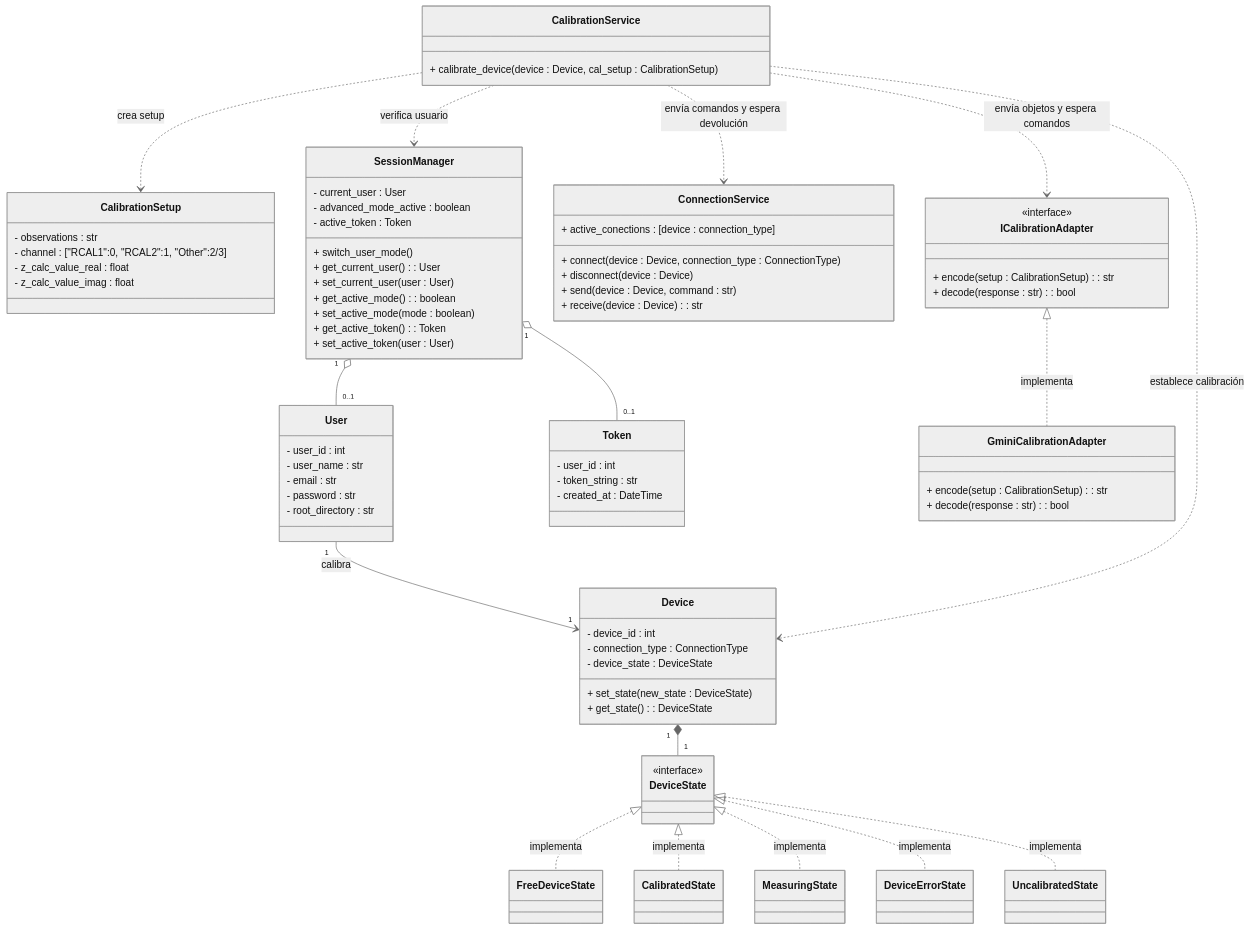
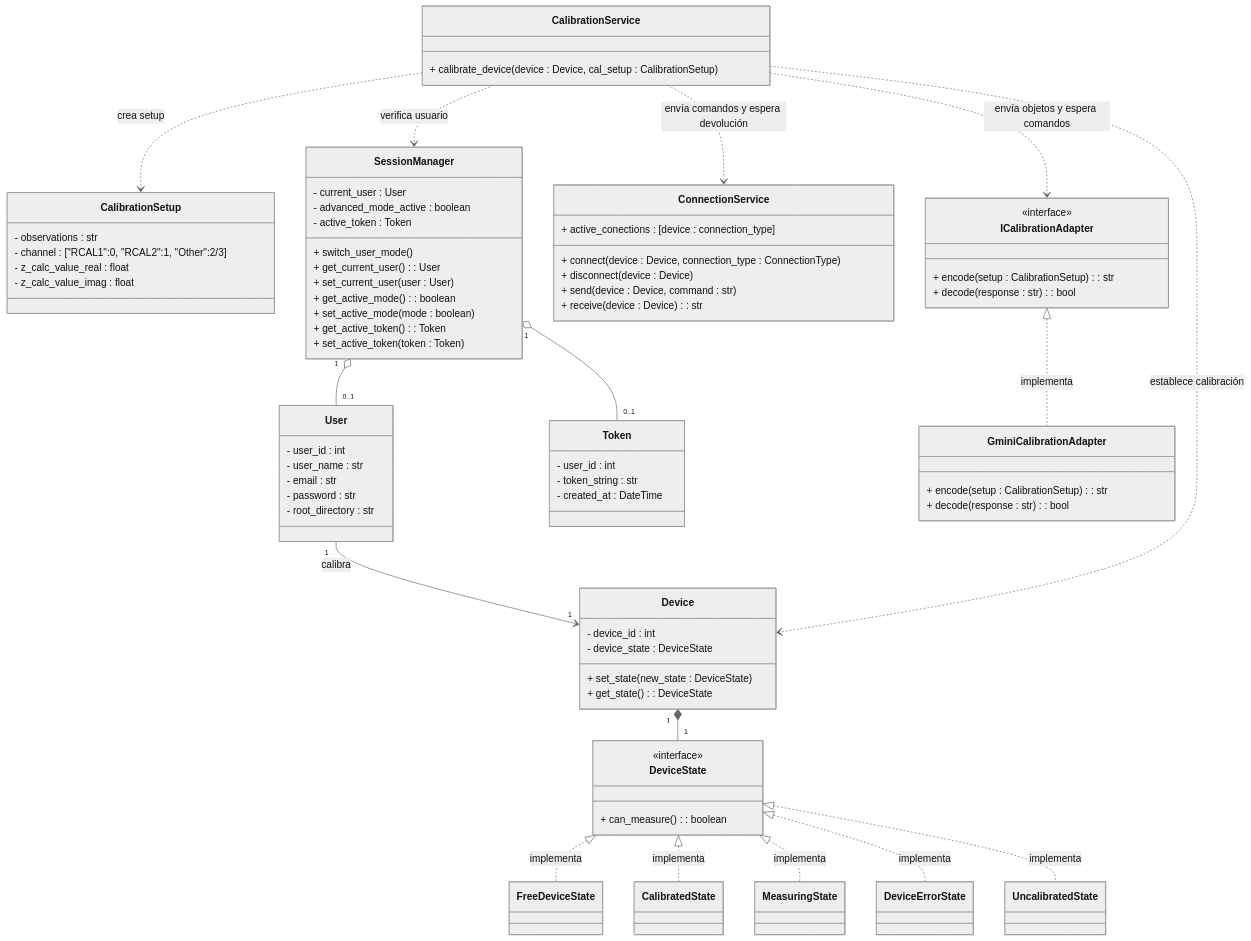
One commit to alegrelias/Repo-GMini changed the third of 6 diagrams in Gmini-MarkDown/Diagramas/Clases Conceptuales.md. Above: the diagram before and after it, drawn with Mermaid (neutral theme). The commit also changed other lines of this file, not shown here.

Commit message:
Se modifica diagrama de clases

```diff
--- a/Gmini-MarkDown/Diagramas/Clases Conceptuales.md
+++ b/Gmini-MarkDown/Diagramas/Clases Conceptuales.md
@@ -464,7 +466,6 @@
 
 class Device{
 	- device_id : int
-	- connection_type : ConnectionType
 	- device_state : DeviceState
 	+ set_state(new_state : DeviceState)
 	+ get_state() : DeviceState
@@ -472,11 +473,13 @@
 
 class DeviceState{
 		<<interface>>
+		+ can_measure() : boolean
 	}
 	class FreeDeviceState
 	class CalibratedState
 	class MeasuringState
 	class DeviceErrorState
+	class UncalibratedState
 
 class CalibrationService{
 	+ calibrate_device(device : Device, cal_setup : CalibrationSetup)
@@ -492,7 +495,7 @@
 	+ get_active_mode() : boolean
 	+ set_active_mode(mode : boolean)
 	+ get_active_token() : Token
-	+ set_active_token(user : User)
+	+ set_active_token(token : Token)
 }
 
 class ConnectionService{
```
